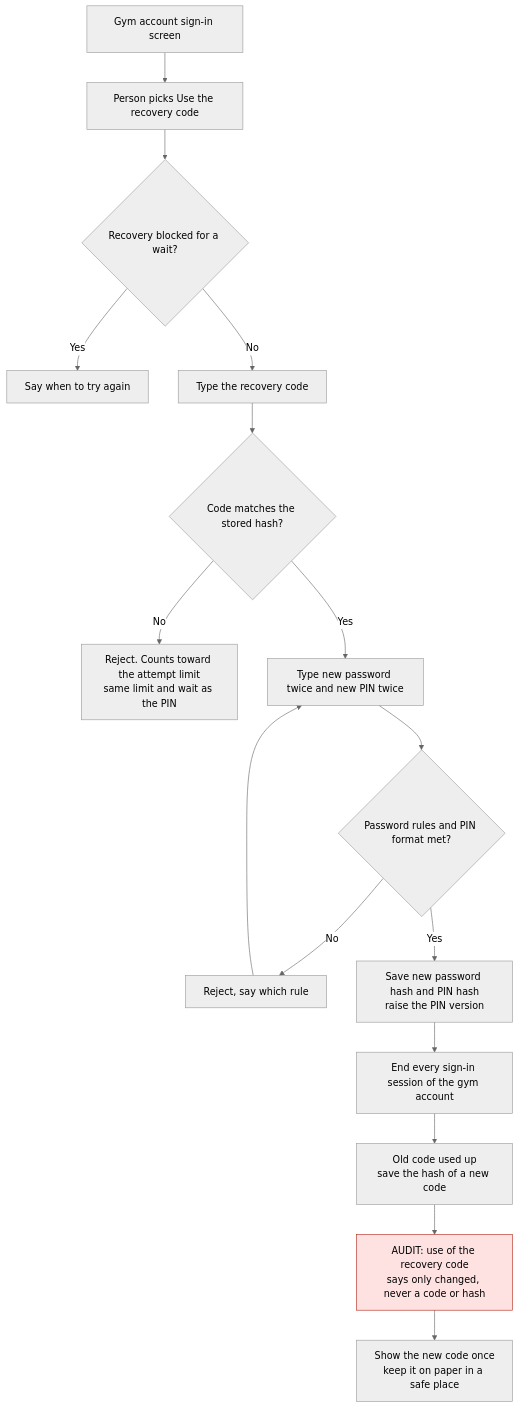
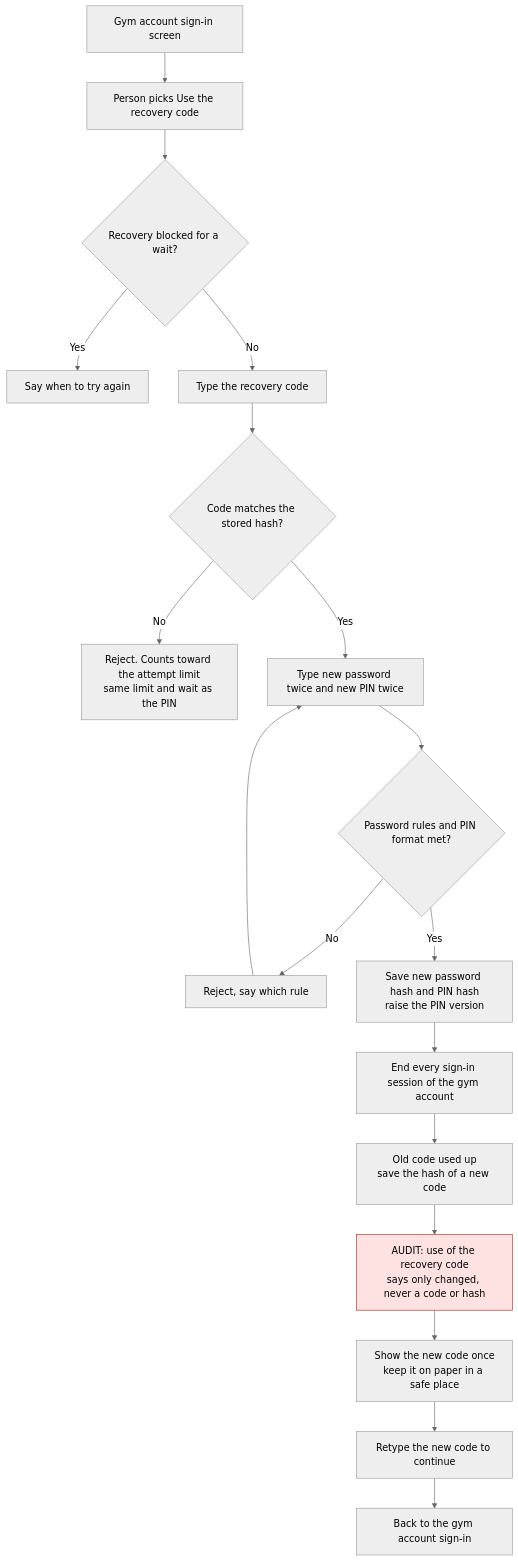
One commit to Th3-Minorities/natatorio-gym-app changed the fifth of 17 diagrams in docs/design/admin-flows.md. Above: the diagram before and after it, drawn with Mermaid (neutral theme). The commit also changed other lines of this file, not shown here.

Commit message:
Apply the design review decisions to the administration flows

````diff
--- a/docs/design/admin-flows.md
+++ b/docs/design/admin-flows.md
@@ -142,21 +158,23 @@
 ```mermaid
 flowchart TD
   K0["Gym account sign-in screen"] --> K1["Person picks Use the recovery code"]
   K1 --> K2{"Recovery blocked for a wait?"}
   K2 -->|"Yes"| K3["Say when to try again"]
   K2 -->|"No"| K4["Type the recovery code"]
   K4 --> K5{"Code matches the stored hash?"}
   K5 -->|"No"| K6["Reject. Counts toward the attempt limit<br/>same limit and wait as the PIN"]
   K5 -->|"Yes"| K7["Type new password twice and new PIN twice"]
   K7 --> K8{"Password rules and PIN format met?"}
   K8 -->|"No"| K9["Reject, say which rule"]
   K9 --> K7
   K8 -->|"Yes"| K10["Save new password hash and PIN hash<br/>raise the PIN version"]
   K10 --> K11["End every sign-in session of the gym account"]
   K11 --> K12["Old code used up<br/>save the hash of a new code"]
   K12 --> K13["AUDIT: use of the recovery code<br/>says only changed, never a code or hash"]
   K13 --> K14["Show the new code once<br/>keep it on paper in a safe place"]
+  K14 --> K15["Retype the new code to continue"]
+  K15 --> K16["Back to the gym account sign-in"]
 
   classDef audit fill:#fde2e1,stroke:#b42318,color:#000
   class K13 audit
 ```
````
